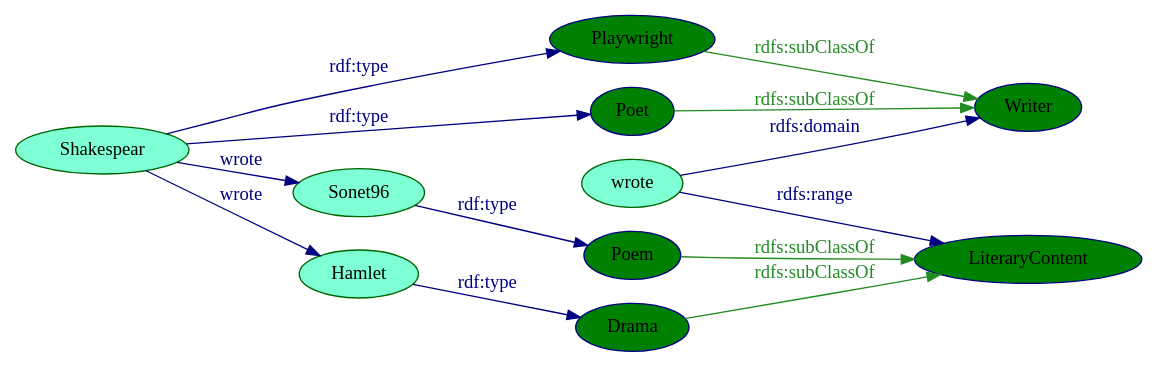
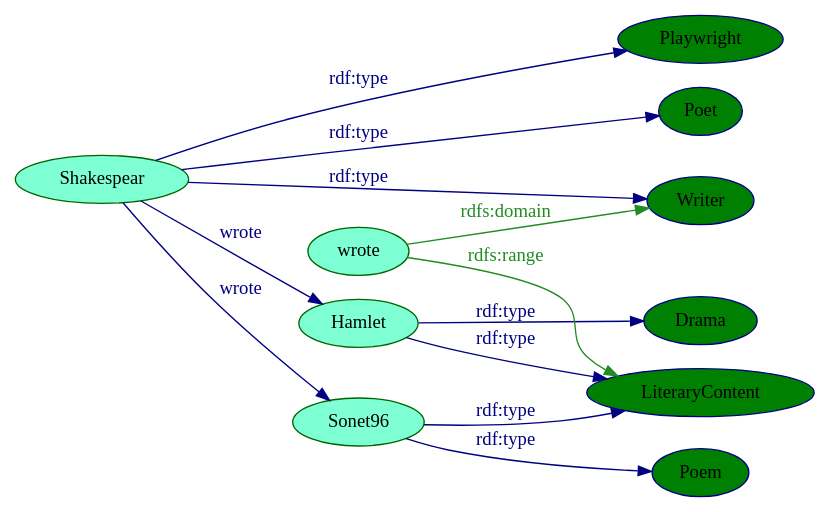
The diagram in int_tech/sw/coursework/ex1_playwrights.dot (grochmal/birkbeck), drawn with Graphviz before and after one commit. The commit also changed 1 other file, not shown here.

```diff
--- a/int_tech/sw/coursework/ex1_playwrights.dot
+++ b/int_tech/sw/coursework/ex1_playwrights.dot
@@ -1,31 +1,29 @@
 digraph {
     rankdir=LR;
-    {rank=same; Playwright Poet Drama Poem}
+    {rank=same; Playwright Poet Writer Drama Poem LiteraryContent}
     Shakespear [style="filled",color="darkgreen",fillcolor="aquamarine"];
     Hamlet  [style="filled",color="darkgreen",fillcolor="aquamarine"];
     Sonet96 [style="filled",color="darkgreen",fillcolor="aquamarine"];
+    wrote   [style="filled",color="darkgreen",fillcolor="aquamarine"];
     Playwright      [style="filled",color="navyblue",fillcolor="green"];
     Poet            [style="filled",color="navyblue",fillcolor="green"];
     Drama           [style="filled",color="navyblue",fillcolor="green"];
     Poem            [style="filled",color="navyblue",fillcolor="green"];
     Writer          [style="filled",color="navyblue",fillcolor="green"];
     LiteraryContent [style="filled",color="navyblue",fillcolor="green"];
-    wrote [style="filled",color="darkgreen",fillcolor="aquamarine"];
     Shakespear -> Playwright [label="rdf:type",color="navy",fontcolor="navy"];
     Shakespear -> Poet       [label="rdf:type",color="navy",fontcolor="navy"];
-    Playwright -> Writer [label="rdfs:subClassOf"
-                         ,color="forestgreen",fontcolor="forestgreen"];
-    Poet       -> Writer [label="rdfs:subClassOf"
-                         ,color="forestgreen",fontcolor="forestgreen"];
+    Shakespear -> Writer     [label="rdf:type",color="navy",fontcolor="navy"];
     Shakespear -> Hamlet     [label="wrote",color="navy",fontcolor="navy"];
     Shakespear -> Sonet96    [label="wrote",color="navy",fontcolor="navy"];
-    Hamlet  -> Drama [label="rdf:type",color="navy",fontcolor="navy"];
-    Sonet96 -> Poem  [label="rdf:type",color="navy",fontcolor="navy"];
-    Drama -> LiteraryContent [label="rdfs:subClassOf"
+    Hamlet -> Drama           [label="rdf:type",color="navy",fontcolor="navy"];
+    Hamlet -> LiteraryContent [label="rdf:type",color="navy",fontcolor="navy"];
+    Sonet96 -> Poem            [label="rdf:type"
+                               ,color="navy",fontcolor="navy"];
+    Sonet96 -> LiteraryContent [label="rdf:type"
+                               ,color="navy",fontcolor="navy"];
+    wrote -> Writer          [label="rdfs:domain"
                              ,color="forestgreen",fontcolor="forestgreen"];
-    Poem  -> LiteraryContent [label="rdfs:subClassOf"
+    wrote -> LiteraryContent [label="rdfs:range"
                              ,color="forestgreen",fontcolor="forestgreen"];
-    wrote -> Writer [label="rdfs:domain",color="navy",fontcolor="navy"];
-    wrote -> LiteraryContent [label="rdfs:range"
-                             ,color="navy",fontcolor="navy"];
 }
```
